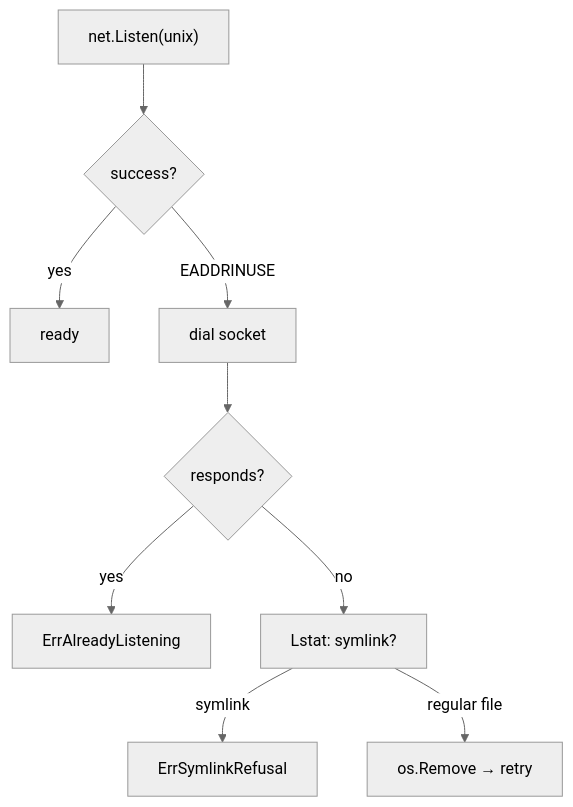
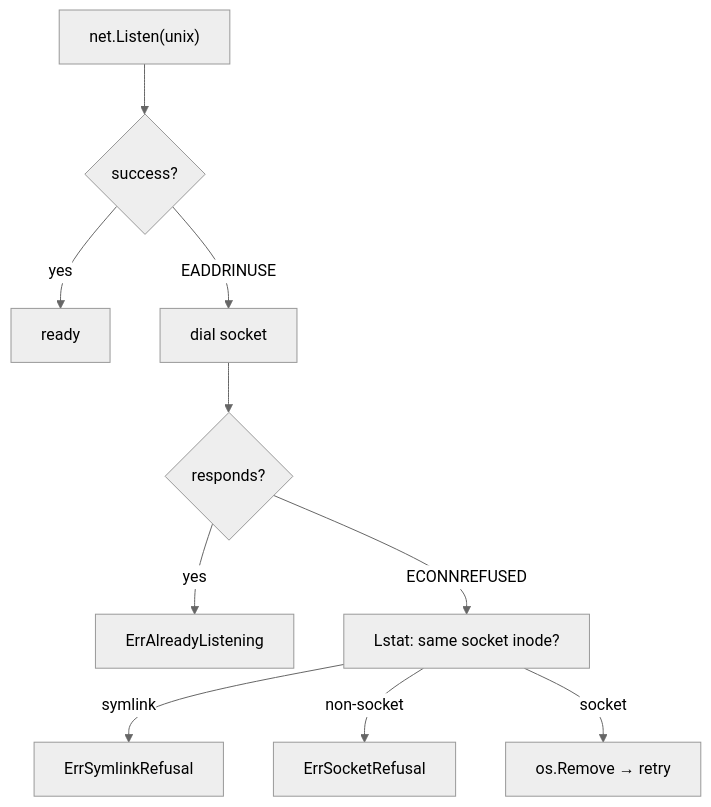
One commit to voluminor/ratatoskr changed the third of 3 diagrams in mod/socks/README.md. Above: the diagram before and after it, drawn with Mermaid (neutral theme). The commit also changed other lines of this file and 273 other files, not shown here.

````diff
--- a/mod/socks/README.md
+++ b/mod/socks/README.md
@@ -119,11 +164,12 @@
 ```mermaid
 flowchart TB
     Listen["net.Listen(unix)"] --> OK{"success?"}
     OK -->|" yes "| Done["ready"]
     OK -->|" EADDRINUSE "| Dial["dial socket"]
     Dial --> Alive{"responds?"}
     Alive -->|" yes "| Err["ErrAlreadyListening"]
-    Alive -->|" no "| Check["Lstat: symlink?"]
+    Alive -->|" ECONNREFUSED "| Check["Lstat: same socket inode?"]
     Check -->|" symlink "| Refuse["ErrSymlinkRefusal"]
-    Check -->|" regular file "| Remove["os.Remove → retry"]
+    Check -->|" non-socket "| RefuseSock["ErrSocketRefusal"]
+    Check -->|" socket "| Remove["os.Remove → retry"]
 ```
````
